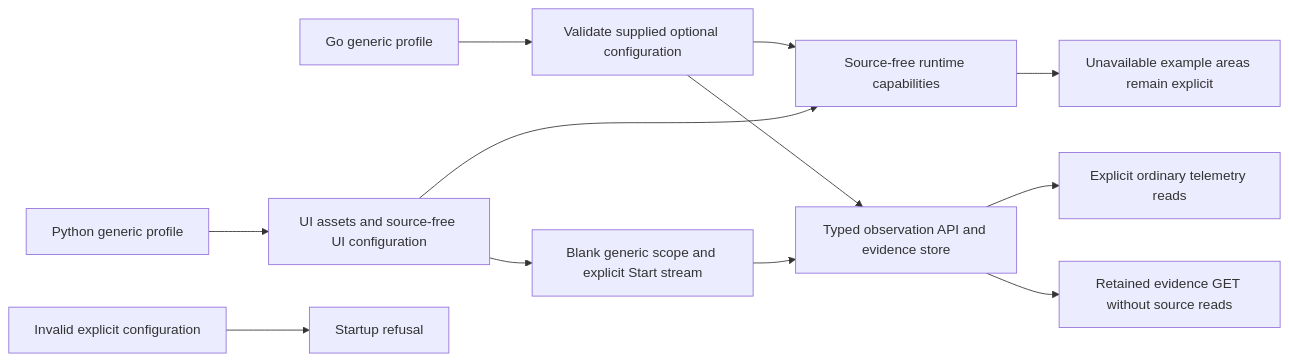
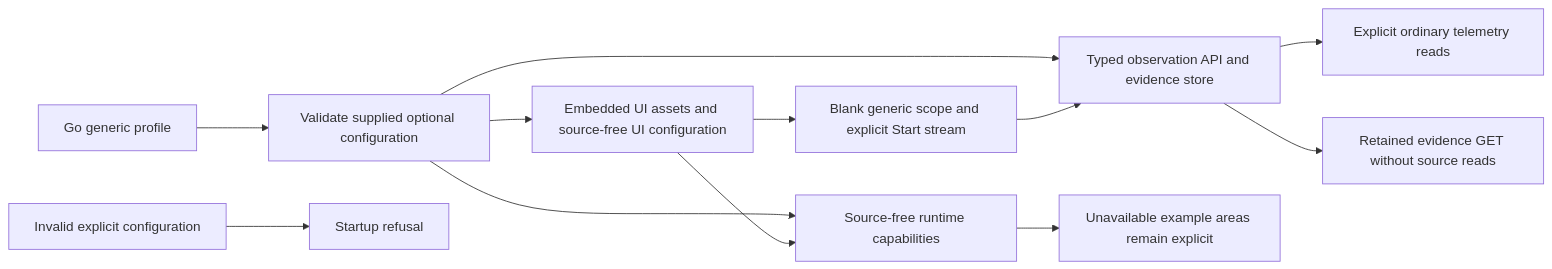
Before and after one commit to casselc/goo: diagram 43 of 44 in docs/ARCHITECTURE_DIAGRAMS.md, drawn with Mermaid. The commit also changed other lines of this file and 74 other files, not shown here.

````diff
--- a/docs/ARCHITECTURE_DIAGRAMS.md
+++ b/docs/ARCHITECTURE_DIAGRAMS.md
@@ -1470,14 +1468,14 @@
 ```mermaid
 flowchart LR
     G[Go generic profile] --> V[Validate supplied optional configuration]
     V --> A[Typed observation API and evidence store]
     V --> C[Source-free runtime capabilities]
-    P[Python generic profile] --> U[UI assets and source-free UI configuration]
+    V --> U[Embedded UI assets and source-free UI configuration]
     U --> C
     U --> S[Blank generic scope and explicit Start stream]
     S --> A
     A --> R[Explicit ordinary telemetry reads]
     A --> E[Retained evidence GET without source reads]
     C --> O[Unavailable example areas remain explicit]
     I[Invalid explicit configuration] --> F[Startup refusal]
 ```
````
